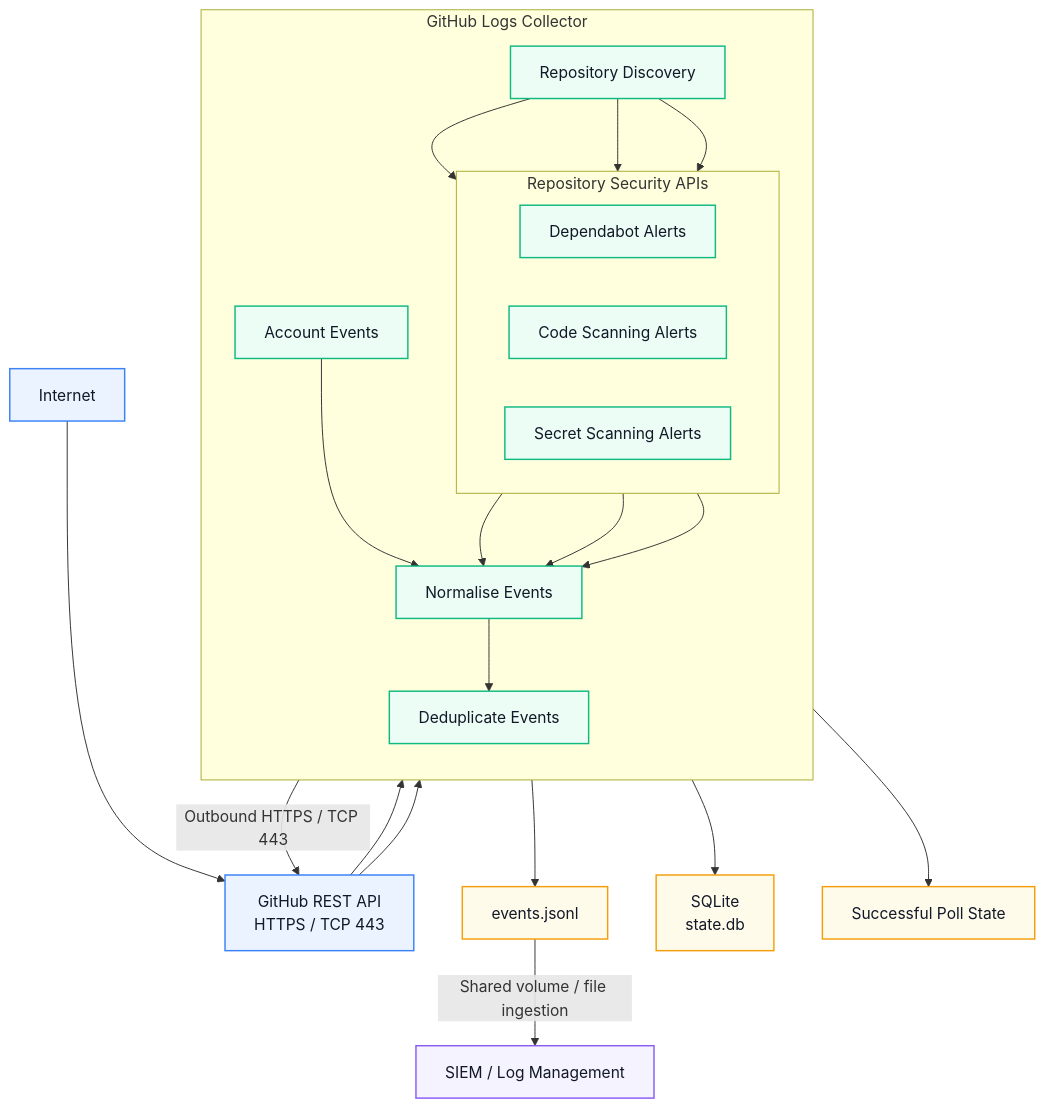
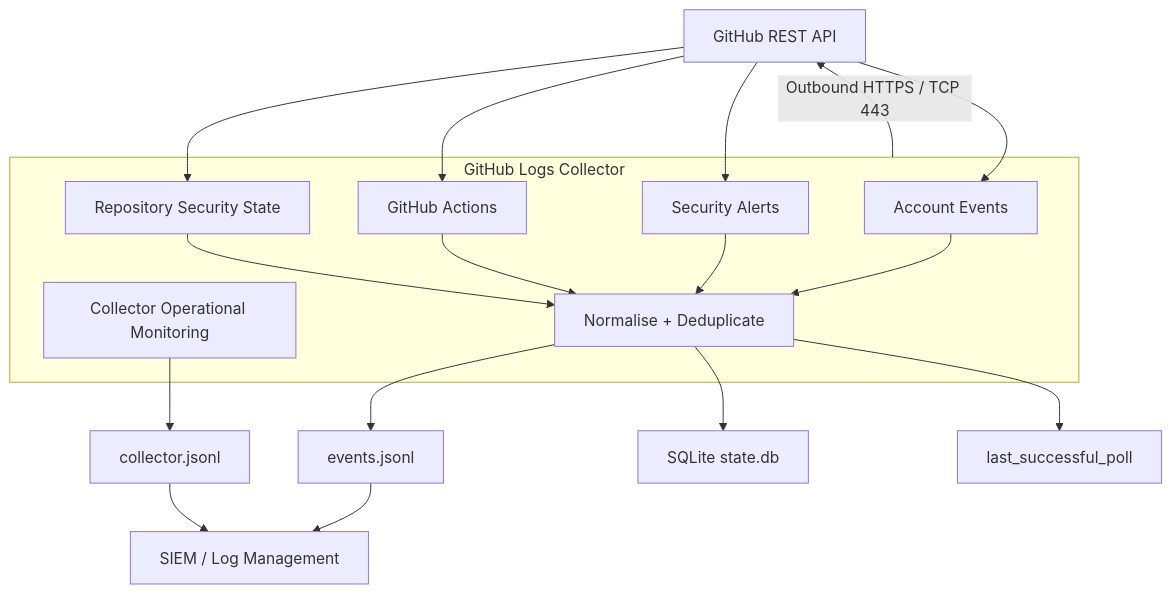
The first of 2 diagrams in README.md (webbie003/github-logs-collector), drawn with Mermaid before and after one commit. The commit also changed other lines of this file and 10 other files, not shown here.

Commit message:
Add security-focused GitHub Actions monitoring for v0.2.2

````diff
--- a/README.md
+++ b/README.md
@@ -89,61 +107,40 @@
 ```mermaid
 flowchart TD
-    internet["Internet"]
-    github["GitHub REST API<br/>HTTPS / TCP 443"]
+    github["GitHub REST API"]
 
     subgraph collector["GitHub Logs Collector"]
-        direction TB
-
         account["Account Events"]
-        repos["Repository Discovery"]
-
-        subgraph security["Repository Security APIs"]
-            direction LR
-            dependabot["Dependabot Alerts"]
-            code["Code Scanning Alerts"]
-            secrets["Secret Scanning Alerts"]
-        end
-
-        normalize["Normalise Events"]
-        dedupe["Deduplicate Events"]
+        security["Security Alerts"]
+        actions["GitHub Actions"]
+        repo["Repository Security State"]
+        normalize["Normalise + Deduplicate"]
+        health["Collector Operational Monitoring"]
     end
 
     events["events.jsonl"]
-    state["SQLite<br/>state.db"]
-    health["Successful Poll State"]
+    operational["collector.jsonl"]
+    state["SQLite state.db"]
+    success["last_successful_poll"]
     siem["SIEM / Log Management"]
-
-    internet --> github
 
     collector -->|"Outbound HTTPS / TCP 443"| github
 
     github --> account
-    github --> repos
-
-    repos --> dependabot
-    repos --> code
-    repos --> secrets
+    github --> security
+    github --> actions
+    github --> repo
 
     account --> normalize
-    dependabot --> normalize
-    code --> normalize
-    secrets --> normalize
+    security --> normalize
+    actions --> normalize
+    repo --> normalize
 
-    normalize --> dedupe
+    normalize --> events
+    normalize --> state
+    normalize --> success
 
-    dedupe --> events
-    dedupe --> state
-    dedupe --> health
+    health --> operational
 
-    events -->|"Shared volume / file ingestion"| siem
-
-    classDef external fill:#eaf3ff,stroke:#3b82f6,stroke-width:1.5px,color:#111827;
-    classDef collectorNode fill:#ecfdf5,stroke:#10b981,stroke-width:1.5px,color:#111827;
-    classDef storage fill:#fffbeb,stroke:#f59e0b,stroke-width:1.5px,color:#111827;
-    classDef destination fill:#f5f3ff,stroke:#8b5cf6,stroke-width:1.5px,color:#111827;
-
-    class internet,github external;
-    class account,repos,dependabot,code,secrets,normalize,dedupe collectorNode;
-    class events,state,health storage;
-    class siem destination;
+    events --> siem
+    operational --> siem
 ```
````
